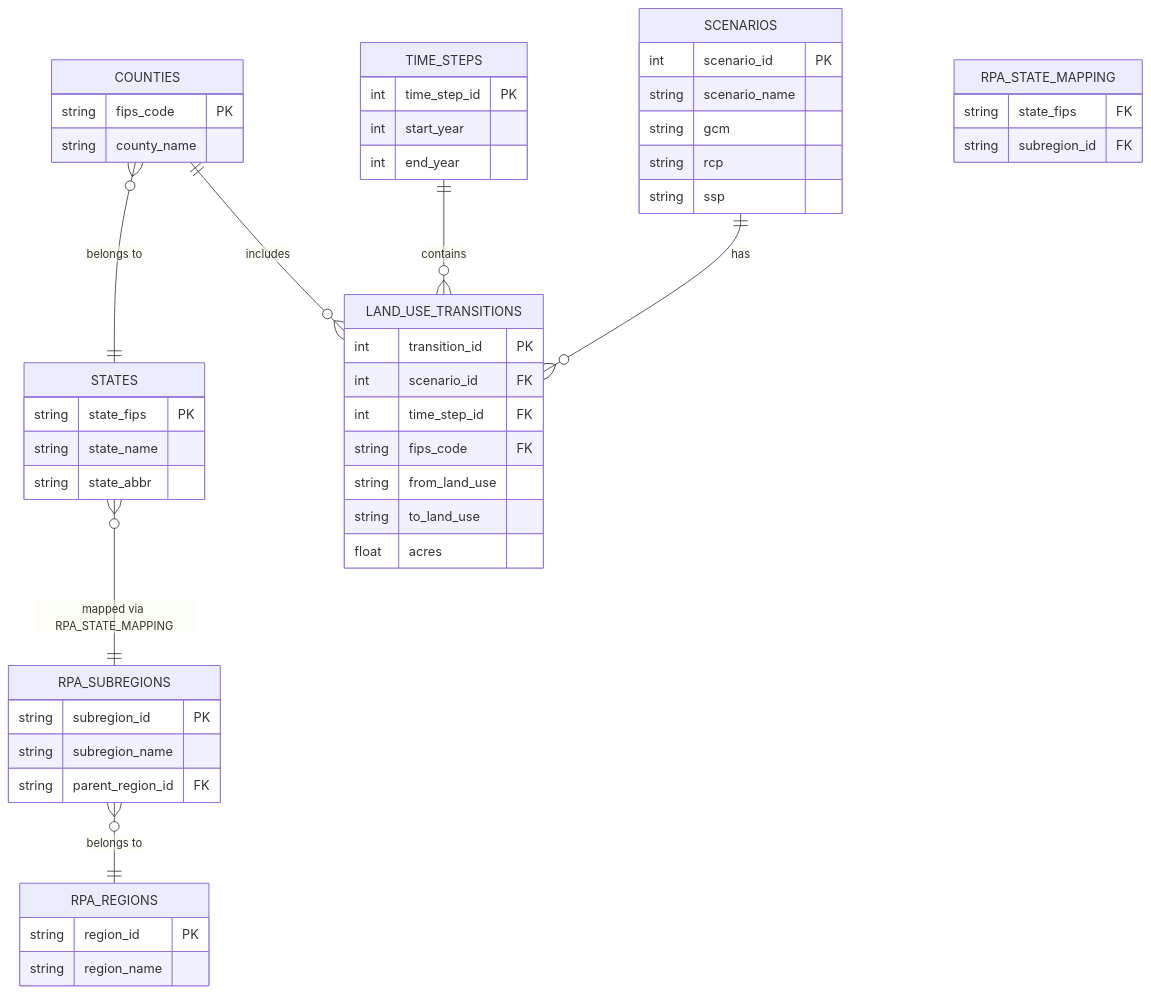
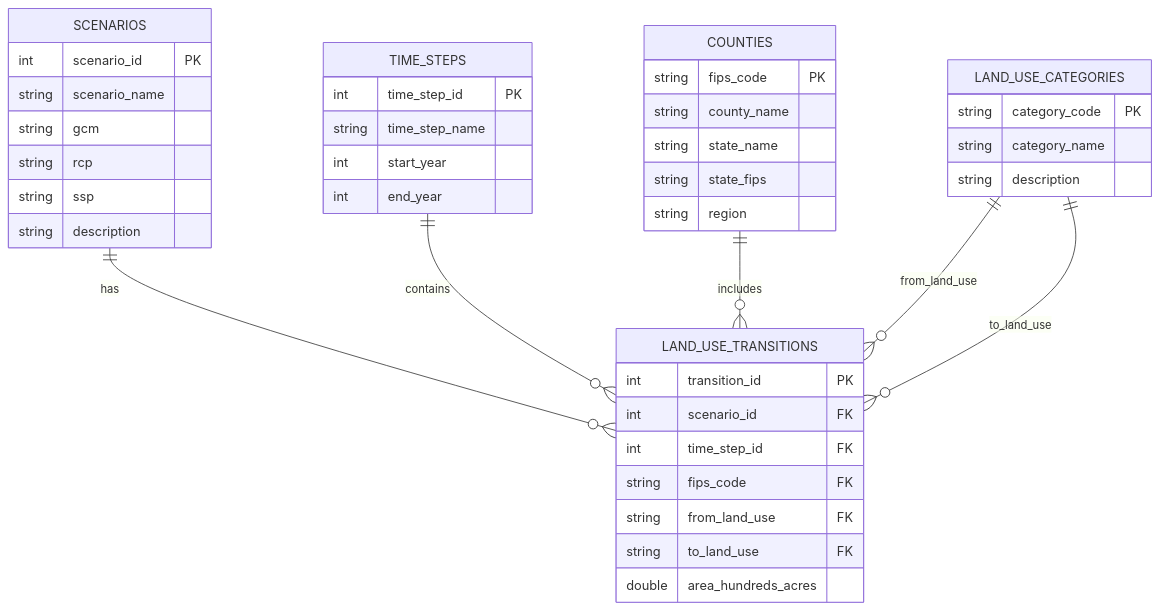
One commit to mihiarc/rpa-landuse-viewer changed the second of 3 diagrams in README.md. Above: the diagram before and after it, drawn with Mermaid. The commit also changed other lines of this file and 8 other files, not shown here.

````diff
--- a/README.md
+++ b/README.md
@@ -185,53 +191,44 @@
 ```mermaid
 erDiagram
     SCENARIOS {
         int scenario_id PK
         string scenario_name
         string gcm
         string rcp
         string ssp
+        string description
     }
     TIME_STEPS {
         int time_step_id PK
+        string time_step_name
         int start_year
         int end_year
     }
     COUNTIES {
         string fips_code PK
         string county_name
+        string state_name
+        string state_fips
+        string region
     }
-    STATES {
-        string state_fips PK
-        string state_name
-        string state_abbr
-    }
-    RPA_REGIONS {
-        string region_id PK
-        string region_name
-    }
-    RPA_SUBREGIONS {
-        string subregion_id PK
-        string subregion_name
-        string parent_region_id FK
-    }
-    RPA_STATE_MAPPING {
-        string state_fips FK
-        string subregion_id FK
+    LAND_USE_CATEGORIES {
+        string category_code PK
+        string category_name
+        string description
     }
     LAND_USE_TRANSITIONS {
         int transition_id PK
         int scenario_id FK
         int time_step_id FK
         string fips_code FK
-        string from_land_use
-        string to_land_use
-        float acres
+        string from_land_use FK
+        string to_land_use FK
+        double area_hundreds_acres
     }
     
     SCENARIOS ||--o{ LAND_USE_TRANSITIONS : "has"
     TIME_STEPS ||--o{ LAND_USE_TRANSITIONS : "contains"
     COUNTIES ||--o{ LAND_USE_TRANSITIONS : "includes"
-    COUNTIES }o--|| STATES : "belongs to"
-    STATES }o--|| RPA_SUBREGIONS : "mapped via RPA_STATE_MAPPING"
-    RPA_SUBREGIONS }o--|| RPA_REGIONS : "belongs to"
+    LAND_USE_CATEGORIES ||--o{ LAND_USE_TRANSITIONS : "from_land_use"
+    LAND_USE_CATEGORIES ||--o{ LAND_USE_TRANSITIONS : "to_land_use"
 ```
````
